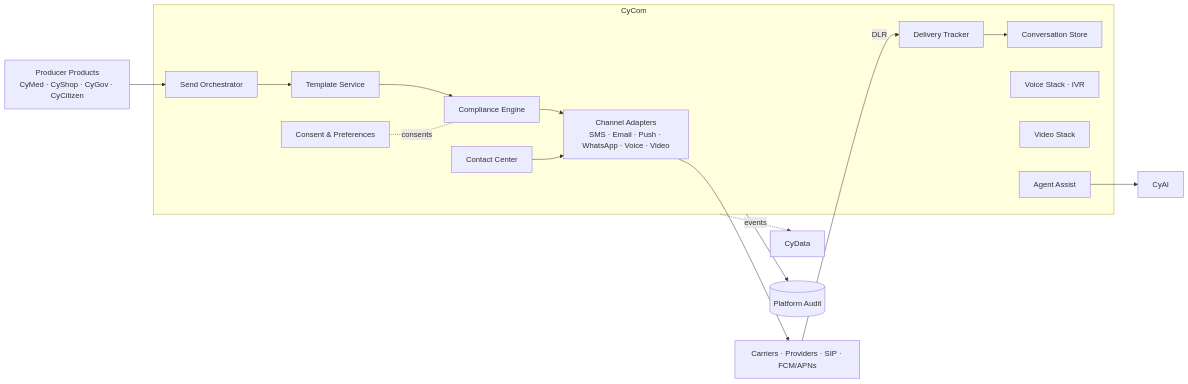
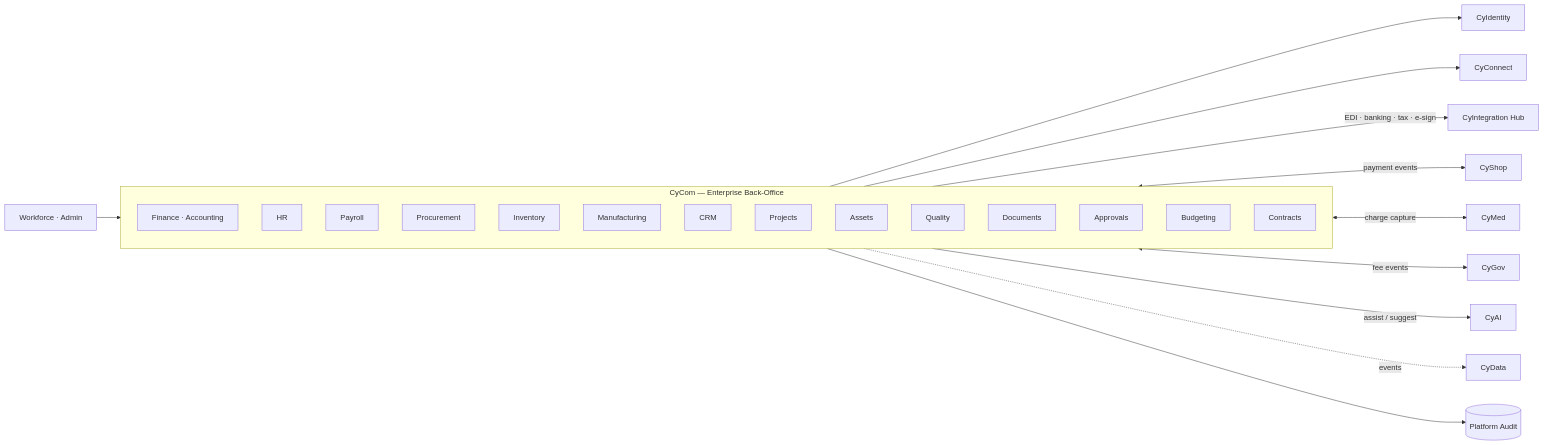
The second of 2 diagrams in docs/platforms/cycom_architecture.md (eng9myan/CyberCom-Platform), drawn with Mermaid before and after one commit. The commit also changed other lines of this file and 9 other files, not shown here.

First line of the commit message:
docs(adr,architecture,platforms): apply Architecture Board correction (ADR-0018 + ADR-0019)

````diff
--- a/docs/platforms/cycom_architecture.md
+++ b/docs/platforms/cycom_architecture.md
@@ -135,26 +201,30 @@
 ```mermaid
 flowchart LR
-  subgraph CYCOM[CyCom]
-    CHAN[Channel Adapters<br/>SMS · Email · Push · WhatsApp · Voice · Video]
-    TPL[Template Service]
-    SEND[Send Orchestrator]
-    PREF[Consent & Preferences]
-    DLV[Delivery Tracker]
-    CONV[Conversation Store]
-    VOICE[Voice Stack · IVR]
-    VID[Video Stack]
-    CC[Contact Center]
-    AA[Agent Assist]
-    COMP[Compliance Engine]
+  subgraph CYCOM[CyCom — Enterprise Back-Office]
+    FIN[Finance · Accounting]
+    HR[HR]
+    PAY[Payroll]
+    PROC[Procurement]
+    INV[Inventory]
+    MFG[Manufacturing]
+    CRM[CRM]
+    PROJ[Projects]
+    ASSETS[Assets]
+    QUAL[Quality]
+    DOC[Documents]
+    APPR[Approvals]
+    BUD[Budgeting]
+    CONTR[Contracts]
   end
 
-  PROD[Producer Products<br/>CyMed · CyShop · CyGov · CyCitizen] --> SEND
-  SEND --> TPL --> COMP --> CHAN
-  CHAN --> CARR[Carriers · Providers · SIP · FCM/APNs]
-  CARR -- DLR --> DLV --> CONV
-  CC --> CHAN
-  AA --> AI[CyAI]
-  PREF -. consents .- COMP
+  USER[Workforce · Admin] --> CYCOM
+  CYCOM --> ID[CyIdentity]
+  CYCOM --> CONN[CyConnect]
+  CYCOM -- EDI · banking · tax · e-sign --> HUB[CyIntegration Hub]
+  CYCOM <-- payment events --> SHOP[CyShop]
+  CYCOM <-- charge capture --> MED[CyMed]
+  CYCOM <-- fee events --> GOV[CyGov]
+  CYCOM -- assist / suggest --> AI[CyAI]
   CYCOM -. events .-> DATA[CyData]
   CYCOM --> AUDIT[(Platform Audit)]
 ```
````
